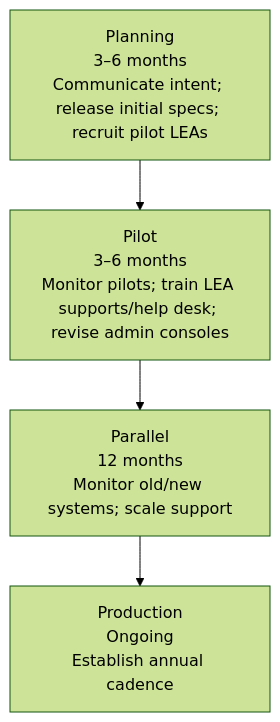
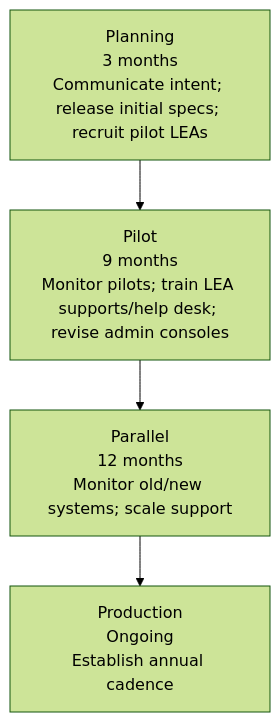
The ninth of 10 diagrams in docs/getting-started/sea-playbook/ed-fi-overview-and-implementation-playbook.md (Ed-Fi-Alliance-OSS/ed-fi-alliance-oss.github.io), drawn with Mermaid (forest theme) before and after one commit. The commit also changed other lines of this file, not shown here.

````diff
--- a/docs/getting-started/sea-playbook/ed-fi-overview-and-implementation-playbook.md
+++ b/docs/getting-started/sea-playbook/ed-fi-overview-and-implementation-playbook.md
@@ -368,8 +550,8 @@
 ```mermaid
 flowchart TD
-  Planning["Planning<br/>3–6 months<br/>Communicate intent; release initial specs; recruit pilot LEAs"]
-  Pilot["Pilot<br/>3–6 months<br/>Monitor pilots; train LEA supports/help desk; revise admin consoles"]
+  Planning["Planning<br/>3 months<br/>Communicate intent; release initial specs; recruit pilot LEAs"]
+  Pilot["Pilot<br/>9 months<br/>Monitor pilots; train LEA supports/help desk; revise admin consoles"]
   Parallel["Parallel<br/>12 months<br/>Monitor old/new systems; scale support"]
   Prod["Production<br/>Ongoing<br/>Establish annual cadence"]
   Planning --> Pilot --> Parallel --> Prod
 ```
````
